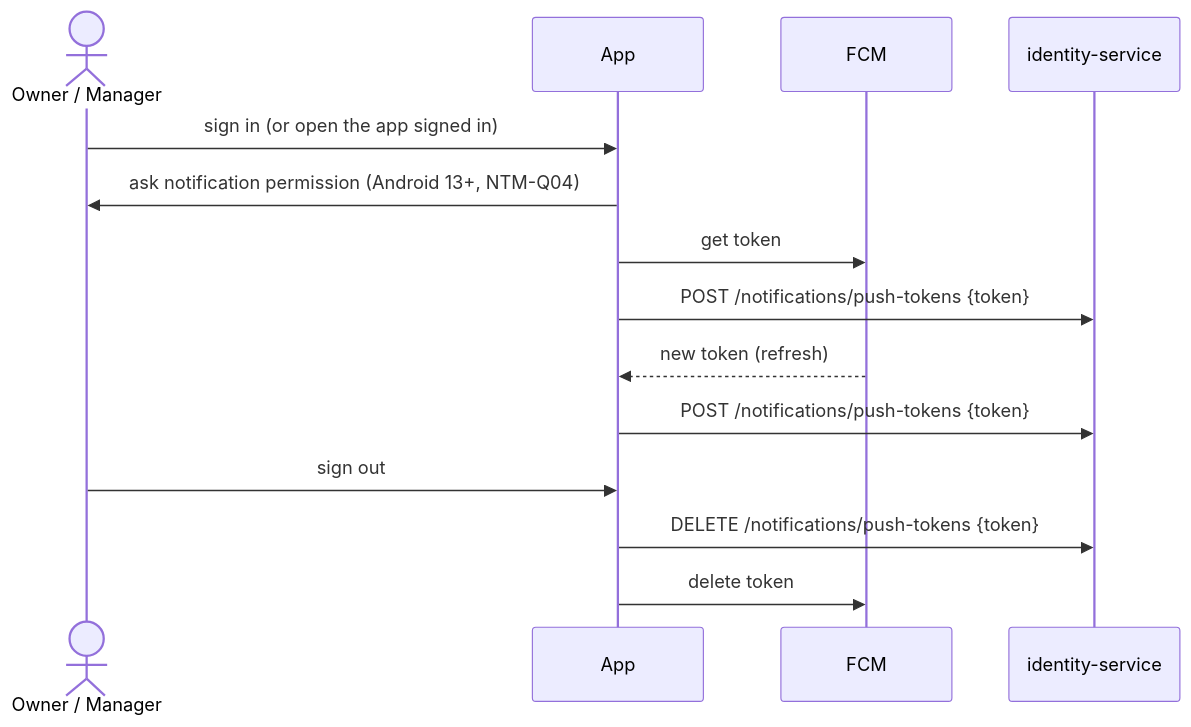
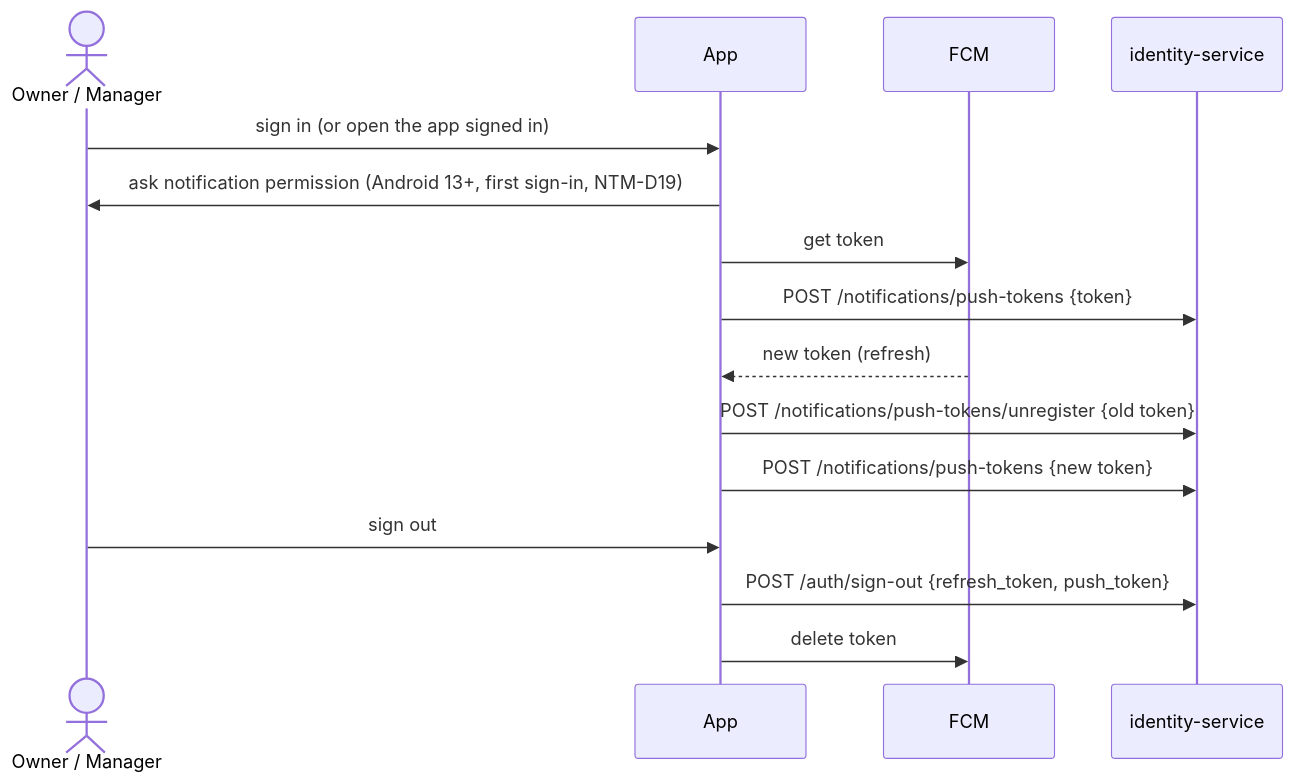
The fourth of 5 diagrams in specs/notification-mobile/spec.md (GorosXD/camfinsight-docs), drawn with Mermaid before and after one commit. The commit also changed other lines of this file and 4 other files, not shown here.

Commit message:
Spec: Notifications on mobile (center and push) approved (v2.5.0)

````diff
--- a/specs/notification-mobile/spec.md
+++ b/specs/notification-mobile/spec.md
@@ -139,16 +152,17 @@
 ```mermaid
 sequenceDiagram
     actor U as Owner / Manager
     participant A as App
     participant F as FCM
     participant I as identity-service
     U->>A: sign in (or open the app signed in)
-    A->>U: ask notification permission (Android 13+, NTM-Q04)
+    A->>U: ask notification permission (Android 13+, first sign-in, NTM-D19)
     A->>F: get token
     A->>I: POST /notifications/push-tokens {token}
     F-->>A: new token (refresh)
-    A->>I: POST /notifications/push-tokens {token}
+    A->>I: POST /notifications/push-tokens/unregister {old token}
+    A->>I: POST /notifications/push-tokens {new token}
     U->>A: sign out
-    A->>I: DELETE /notifications/push-tokens {token}
+    A->>I: POST /auth/sign-out {refresh_token, push_token}
     A->>F: delete token
 ```
````
